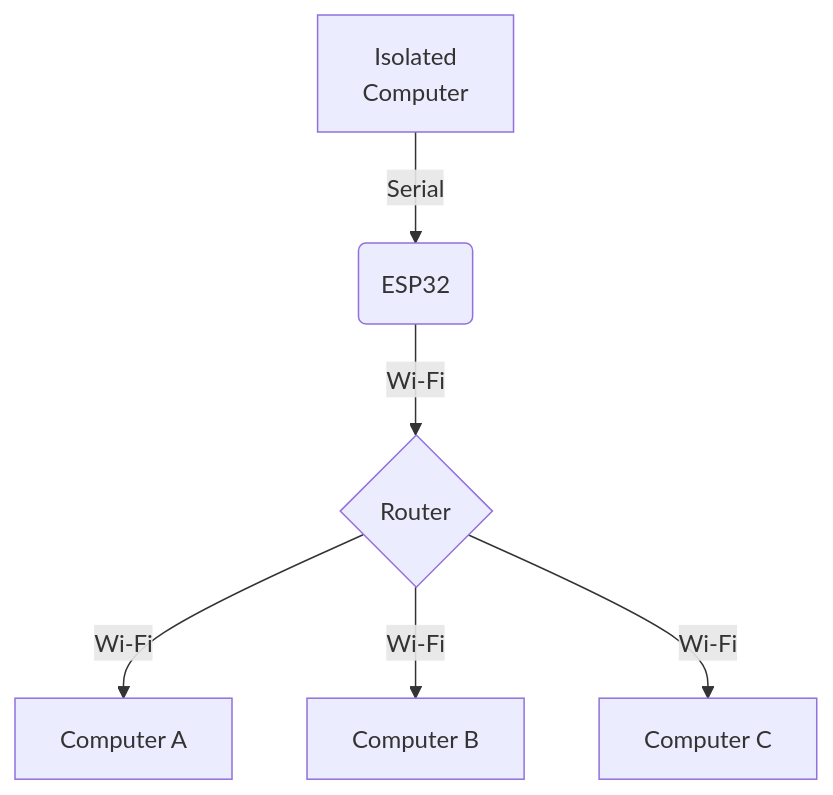
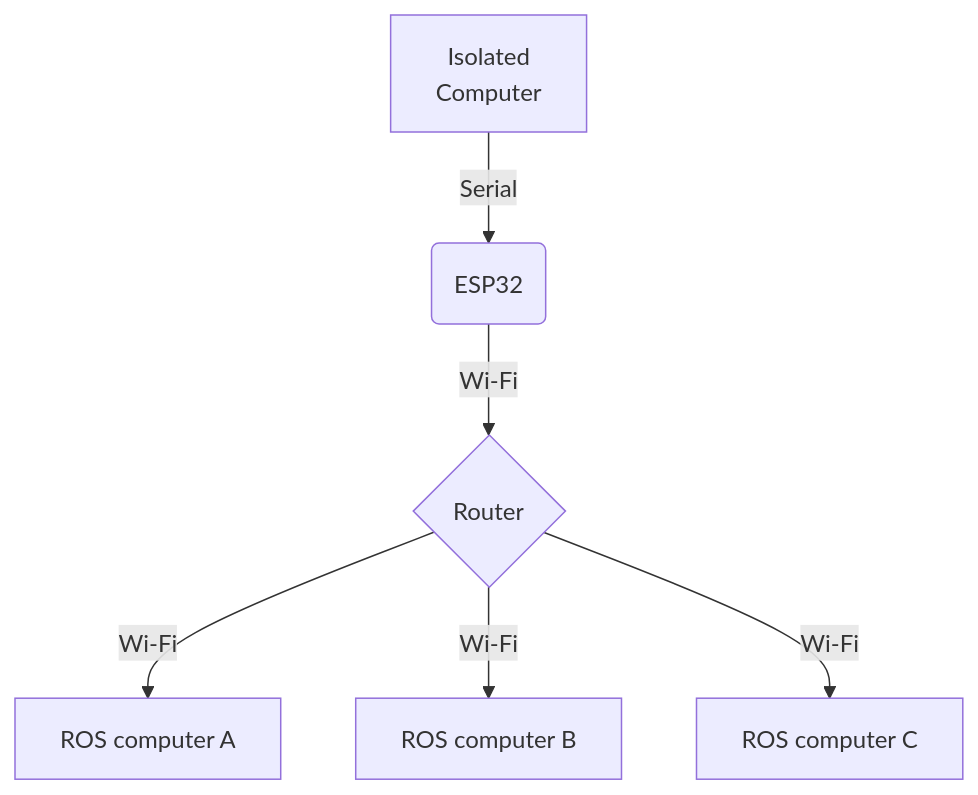
One commit to lesaf92/esp32_ros_companion changed the diagram in README.md. Above: the diagram before and after it, drawn with Mermaid. The commit also changed other lines of this file, not shown here.

````diff
--- a/README.md
+++ b/README.md
@@ -22,9 +22,9 @@
 ```mermaid
 flowchart TD;
     A[Isolated 
     Computer] -->|Serial| B(ESP32);
     B --> |Wi-Fi|C{Router};
-    C -->|Wi-Fi| D[Computer A];
-    C -->|Wi-Fi| E[Computer B];
-    C -->|Wi-Fi| F[Computer C];
+    C -->|Wi-Fi| D[ROS computer A];
+    C -->|Wi-Fi| E[ROS computer B];
+    C -->|Wi-Fi| F[ROS computer C];
 ```
````
